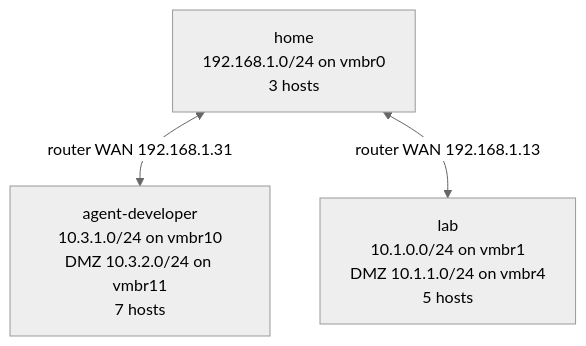
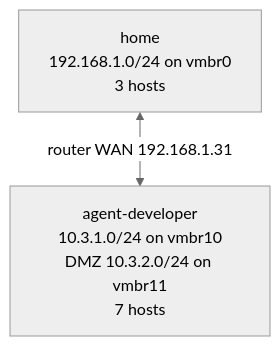
Before and after one commit to mwgolden/nixos: the diagram in docs/network-diagrams/README.md, drawn with Mermaid (neutral theme). The commit also changed other lines of this file and 3 other files, not shown here.

First line of the commit message:
Add an admin to the home CA; remove lab test VMs

````diff
--- a/docs/network-diagrams/README.md
+++ b/docs/network-diagrams/README.md
@@ -11,8 +10,6 @@
 ```mermaid
 flowchart TB
     n_agent_developer["agent-developer<br/>10.3.1.0/24 on vmbr10<br/>DMZ 10.3.2.0/24 on vmbr11<br/>7 hosts"]
     n_home["home<br/>192.168.1.0/24 on vmbr0<br/>3 hosts"]
-    n_lab["lab<br/>10.1.0.0/24 on vmbr1<br/>DMZ 10.1.1.0/24 on vmbr4<br/>5 hosts"]
     n_home <-->|"router WAN 192.168.1.31"| n_agent_developer
-    n_home <-->|"router WAN 192.168.1.13"| n_lab
 ```
````
